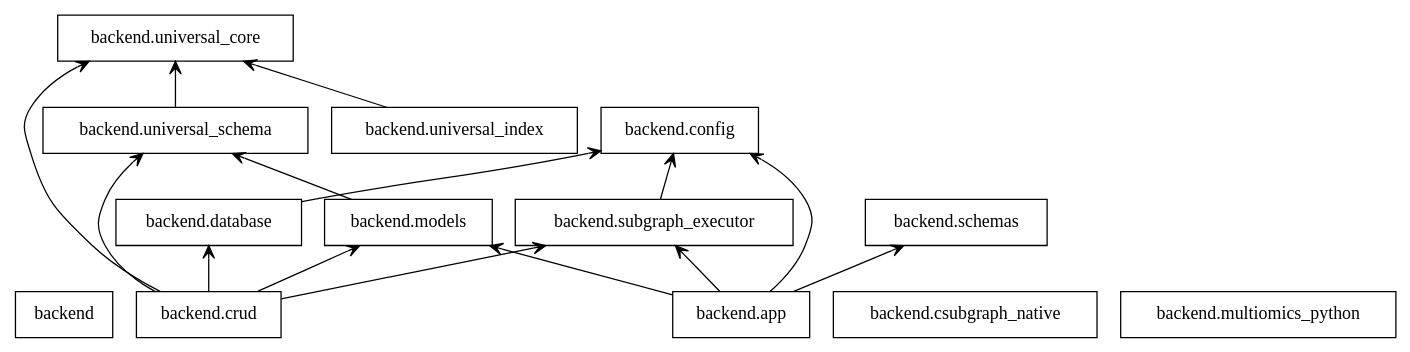
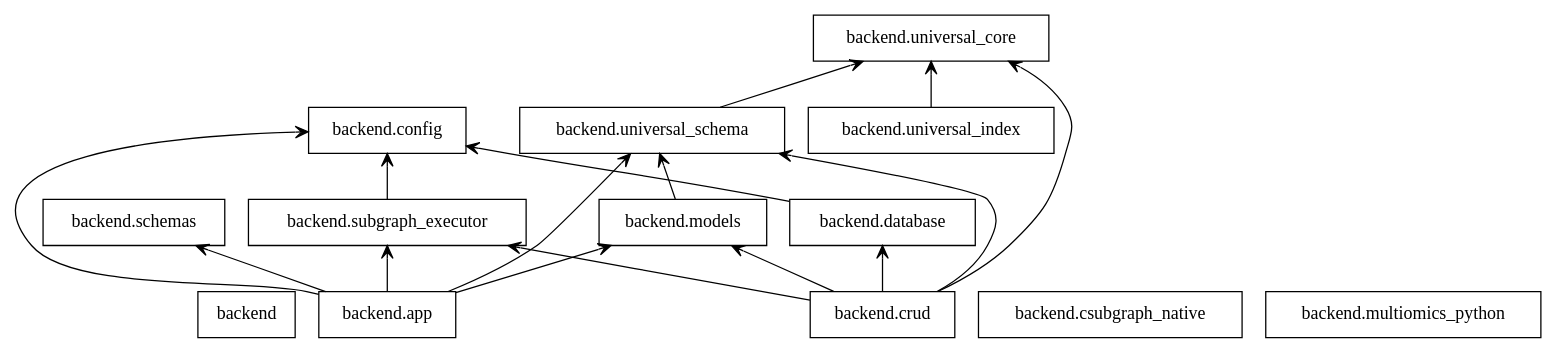
Before and after one commit to naphets86/gen-db: the diagram in doc/uml/packages_gen.dot, drawn with Graphviz. The commit also changed 44 other files, not shown here.

```diff
--- a/doc/uml/packages_gen.dot
+++ b/doc/uml/packages_gen.dot
@@ -1,31 +1,32 @@
 digraph "packages_gen" {
 rankdir=BT
 charset="utf-8"
 "backend" [color="black", label=<backend>, shape="box", style="solid"];
 "backend.app" [color="black", label=<backend.app>, shape="box", style="solid"];
 "backend.config" [color="black", label=<backend.config>, shape="box", style="solid"];
 "backend.crud" [color="black", label=<backend.crud>, shape="box", style="solid"];
 "backend.csubgraph_native" [color="black", label=<backend.csubgraph_native>, shape="box", style="solid"];
 "backend.database" [color="black", label=<backend.database>, shape="box", style="solid"];
 "backend.models" [color="black", label=<backend.models>, shape="box", style="solid"];
 "backend.multiomics_python" [color="black", label=<backend.multiomics_python>, shape="box", style="solid"];
 "backend.schemas" [color="black", label=<backend.schemas>, shape="box", style="solid"];
 "backend.subgraph_executor" [color="black", label=<backend.subgraph_executor>, shape="box", style="solid"];
 "backend.universal_core" [color="black", label=<backend.universal_core>, shape="box", style="solid"];
 "backend.universal_index" [color="black", label=<backend.universal_index>, shape="box", style="solid"];
 "backend.universal_schema" [color="black", label=<backend.universal_schema>, shape="box", style="solid"];
 "backend.app" -> "backend.config" [arrowhead="open", arrowtail="none"];
 "backend.app" -> "backend.models" [arrowhead="open", arrowtail="none"];
 "backend.app" -> "backend.schemas" [arrowhead="open", arrowtail="none"];
 "backend.app" -> "backend.subgraph_executor" [arrowhead="open", arrowtail="none"];
+"backend.app" -> "backend.universal_schema" [arrowhead="open", arrowtail="none"];
 "backend.crud" -> "backend.database" [arrowhead="open", arrowtail="none"];
 "backend.crud" -> "backend.models" [arrowhead="open", arrowtail="none"];
 "backend.crud" -> "backend.subgraph_executor" [arrowhead="open", arrowtail="none"];
 "backend.crud" -> "backend.universal_core" [arrowhead="open", arrowtail="none"];
 "backend.crud" -> "backend.universal_schema" [arrowhead="open", arrowtail="none"];
 "backend.database" -> "backend.config" [arrowhead="open", arrowtail="none"];
 "backend.models" -> "backend.universal_schema" [arrowhead="open", arrowtail="none"];
 "backend.subgraph_executor" -> "backend.config" [arrowhead="open", arrowtail="none"];
 "backend.universal_index" -> "backend.universal_core" [arrowhead="open", arrowtail="none"];
 "backend.universal_schema" -> "backend.universal_core" [arrowhead="open", arrowtail="none"];
 }
```
